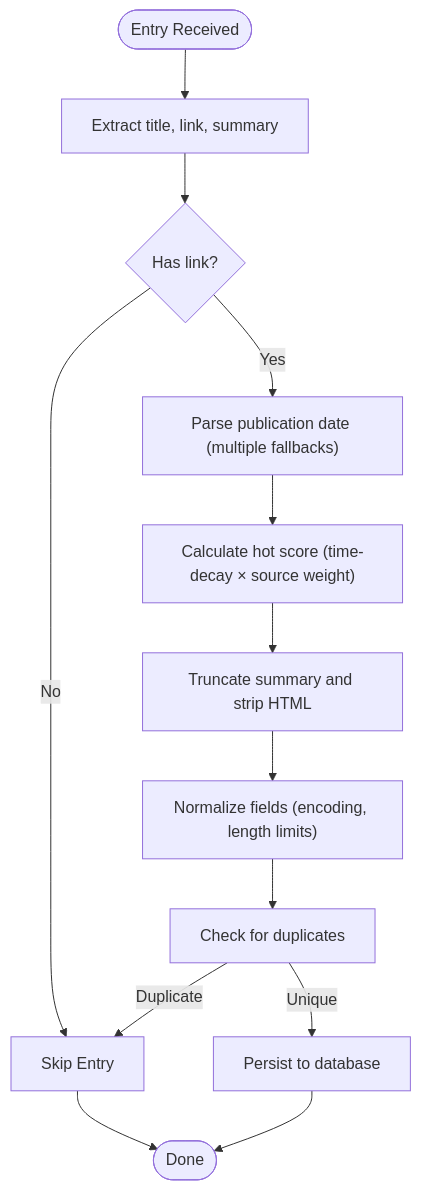
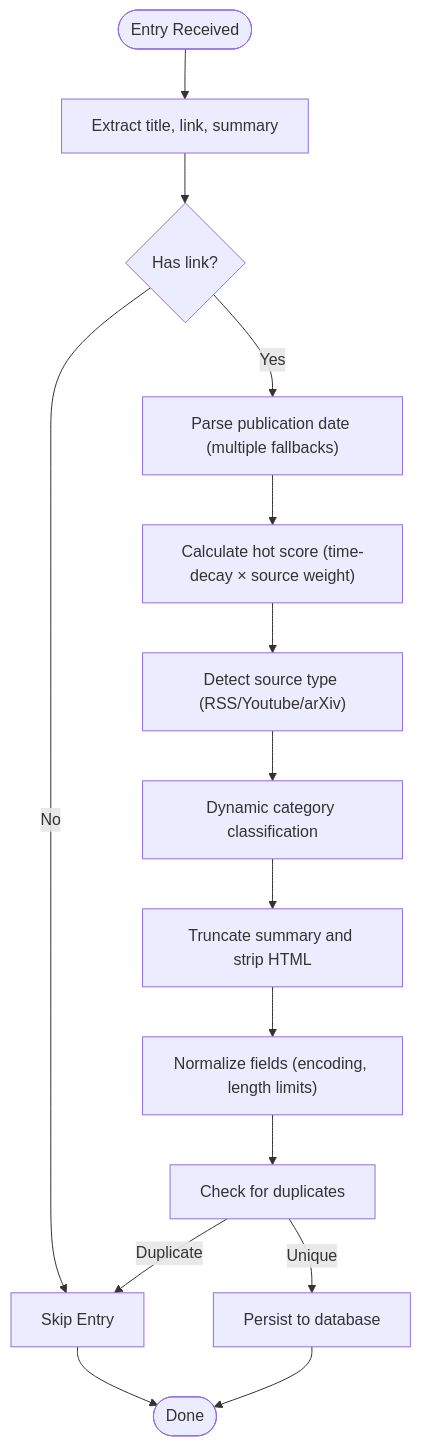
Before and after one commit to zbw-zbw/news-aggregator: the third of 5 diagrams in .qoder/repowiki/en/content/RSS Crawler System/RSS Crawler System.md, drawn with Mermaid. The commit also changed other lines of this file and 9 other files, not shown here.

````diff
--- a/.qoder/repowiki/en/content/RSS Crawler System/RSS Crawler System.md
+++ b/.qoder/repowiki/en/content/RSS Crawler System/RSS Crawler System.md
@@ -183,15 +200,17 @@
 ```mermaid
 flowchart TD
 Start(["Entry Received"]) --> Extract["Extract title, link, summary"]
 Extract --> Validate{"Has link?"}
 Validate --> |No| Skip["Skip Entry"]
 Validate --> |Yes| Date["Parse publication date (multiple fallbacks)"]
 Date --> Score["Calculate hot score (time-decay × source weight)"]
-Score --> Trunc["Truncate summary and strip HTML"]
+Score --> SourceType["Detect source type (RSS/Youtube/arXiv)"]
+SourceType --> Category["Dynamic category classification"]
+Category --> Trunc["Truncate summary and strip HTML"]
 Trunc --> Normalize["Normalize fields (encoding, length limits)"]
 Normalize --> Deduplicate["Check for duplicates"]
 Deduplicate --> |Duplicate| Skip["Skip Entry"]
 Deduplicate --> |Unique| Save["Persist to database"]
 Skip --> End(["Done"])
 Save --> End
 ```
````
